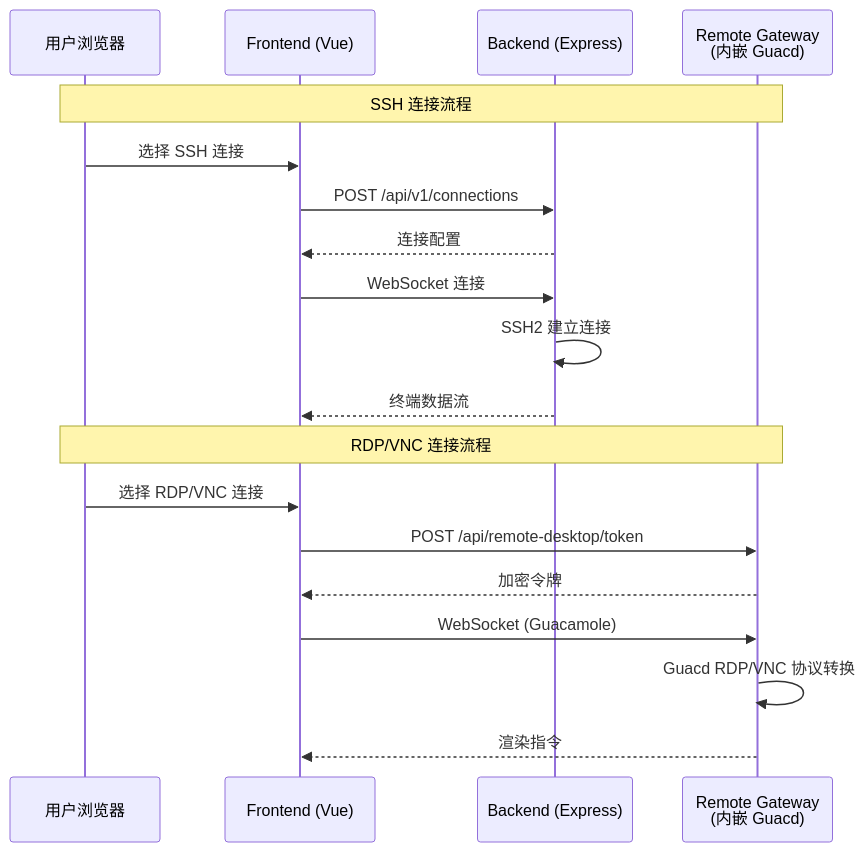
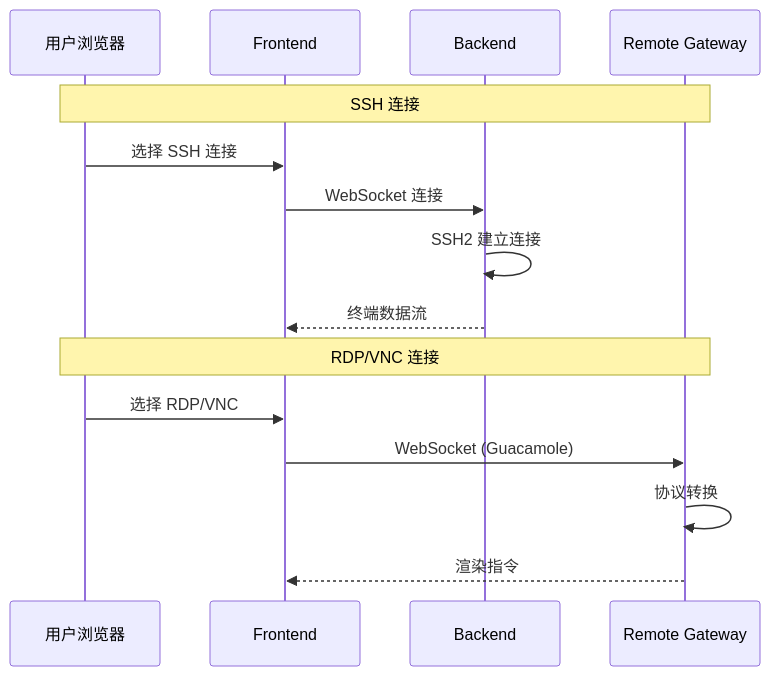
The second of 2 diagrams in CLAUDE.md (louis99941/nexus-terminal), drawn with Mermaid before and after one commit. The commit also changed other lines of this file and 5 other files, not shown here.

````diff
--- a/CLAUDE.md
+++ b/CLAUDE.md
@@ -190,23 +53,17 @@
 ```mermaid
 sequenceDiagram
     participant U as 用户浏览器
-    participant F as Frontend (Vue)
-    participant B as Backend (Express)
-    participant RG as Remote Gateway<br/>(内嵌 Guacd)
-
-    Note over U,RG: SSH 连接流程
+    participant F as Frontend
+    participant B as Backend
+    participant RG as Remote Gateway
+    Note over U,RG: SSH 连接
     U->>F: 选择 SSH 连接
-    F->>B: POST /api/v1/connections
-    B-->>F: 连接配置
     F->>B: WebSocket 连接
     B->>B: SSH2 建立连接
     B-->>F: 终端数据流
-
-    Note over U,RG: RDP/VNC 连接流程
-    U->>F: 选择 RDP/VNC 连接
-    F->>RG: POST /api/remote-desktop/token
-    RG-->>F: 加密令牌
+    Note over U,RG: RDP/VNC 连接
+    U->>F: 选择 RDP/VNC
     F->>RG: WebSocket (Guacamole)
-    RG->>RG: Guacd RDP/VNC 协议转换
+    RG->>RG: 协议转换
     RG-->>F: 渲染指令
 ```
````
